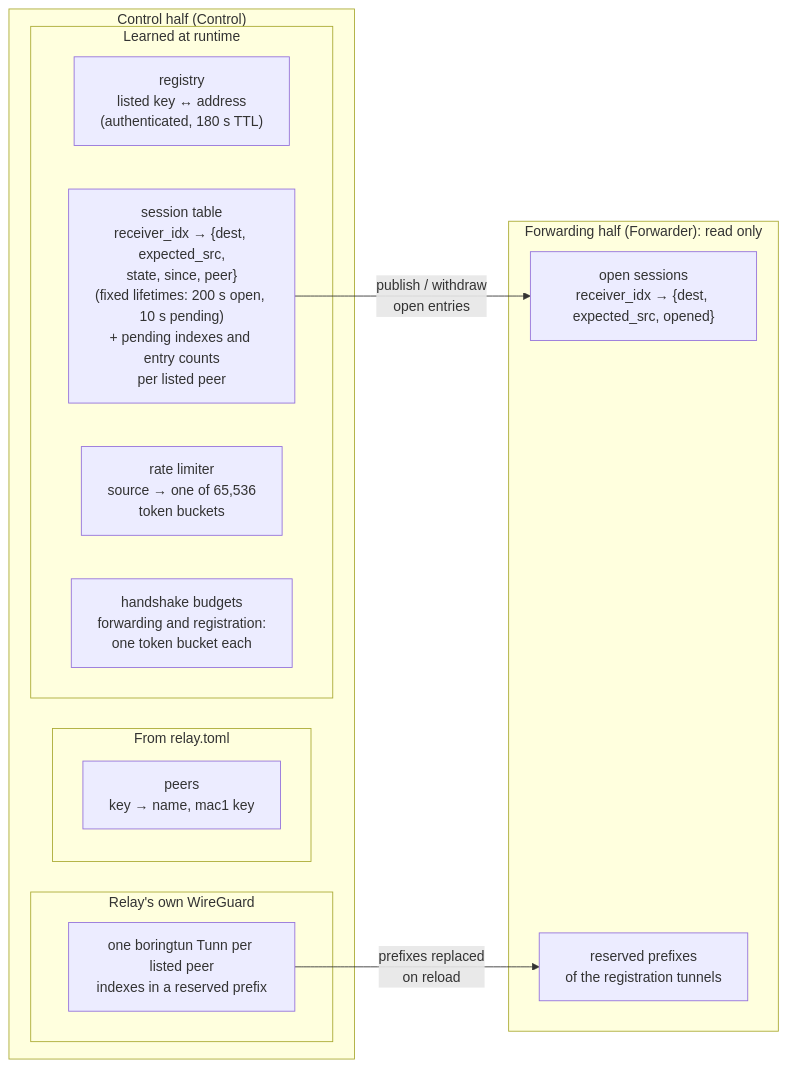
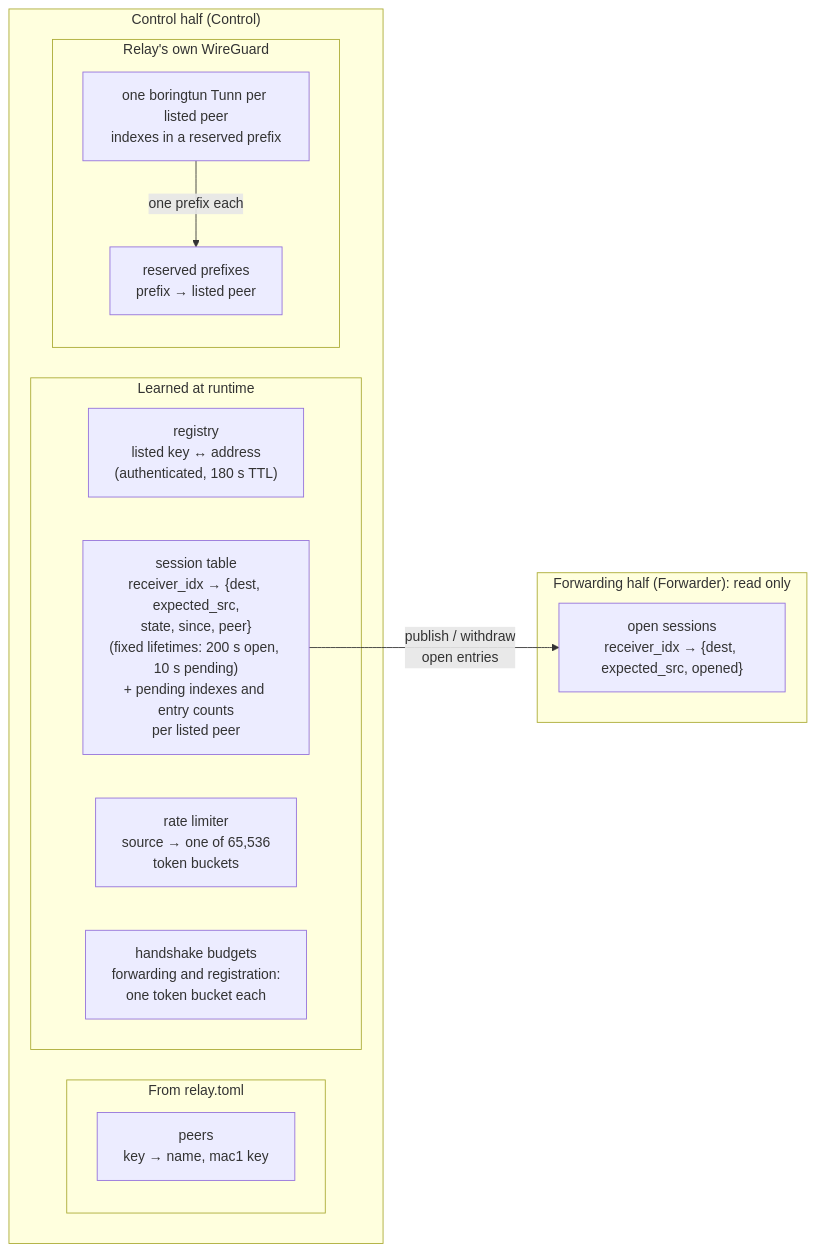
Before and after one commit to 3alpha/wg-relay: the ninth of 23 diagrams in docs/how-it-works.md, drawn with Mermaid. The commit also changed other lines of this file and 26 other files, not shown here.

````diff
--- a/docs/how-it-works.md
+++ b/docs/how-it-works.md
@@ -315,23 +345,23 @@
 ```mermaid
 flowchart LR
     subgraph fwd["Forwarding half (Forwarder): read only"]
         OPEN["open sessions<br/>receiver_idx → {dest, expected_src, opened}"]
-        RES["reserved prefixes<br/>of the registration tunnels"]
     end
     subgraph ctl["Control half (Control)"]
         subgraph cfg["From relay.toml"]
             P["peers<br/>key → name, mac1 key"]
         end
         subgraph learned_state["Learned at runtime"]
             REG["registry<br/>listed key ↔ address<br/>(authenticated, 180 s TTL)"]
             SES["session table<br/>receiver_idx → {dest, expected_src,<br/>state, since, peer}<br/>(fixed lifetimes: 200 s open, 10 s pending)<br/>+ pending indexes and entry counts<br/>per listed peer"]
             RL["rate limiter<br/>source → one of 65,536<br/>token buckets"]
             BUD["handshake budgets<br/>forwarding and registration:<br/>one token bucket each"]
         end
         subgraph tunnels["Relay's own WireGuard"]
             T["one boringtun Tunn per listed peer<br/>indexes in a reserved prefix"]
+            RES["reserved prefixes<br/>prefix → listed peer"]
         end
     end
     SES -- "publish / withdraw<br/>open entries" --> OPEN
-    T -- "prefixes replaced<br/>on reload" --> RES
+    T -- "one prefix each" --> RES
 ```
````
